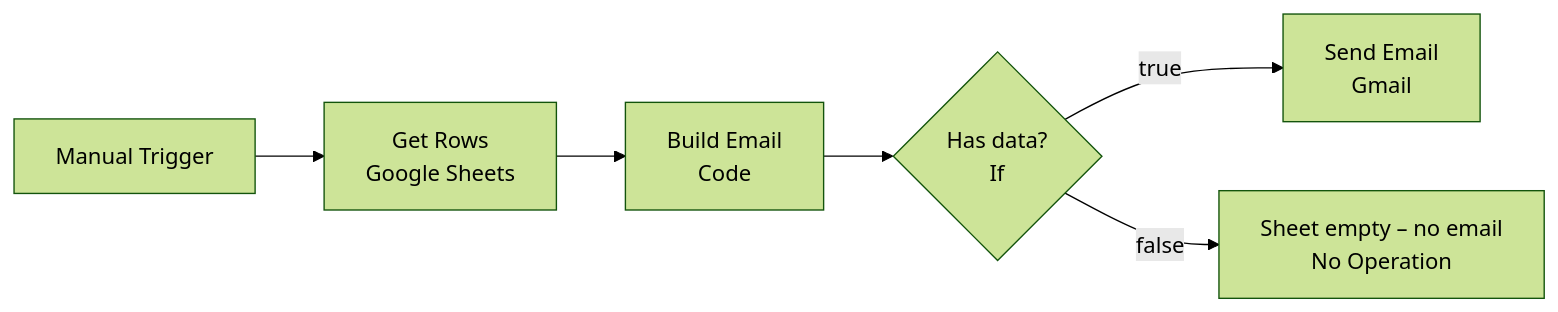
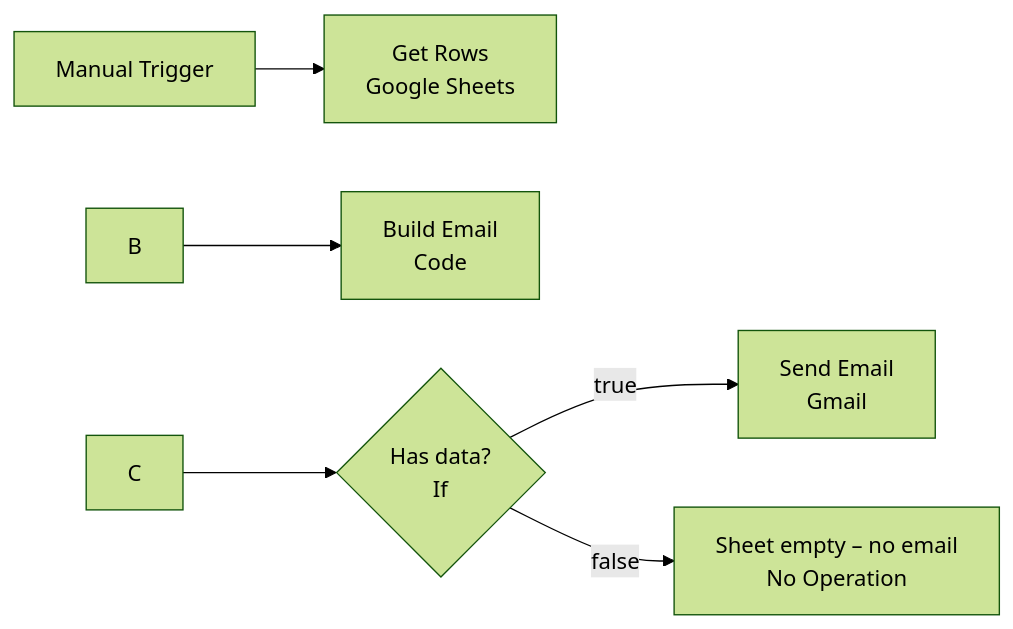
One commit to gansgpm/n8n-Automation-Google-Sheets-to-Gmail changed the diagram in README.md. Above: the diagram before and after it, drawn with Mermaid (forest theme). The commit also changed other lines of this file, not shown here.

````diff
--- a/README.md
+++ b/README.md
@@ -11,8 +11,8 @@
 ```mermaid
 flowchart LR
-    A[Manual Trigger] --> B[Get Rows<br/>Google Sheets]
-    B --> C[Build Email<br/>Code]
+    A\\\[Manual Trigger] --> B\\\[Get Rows<br/>Google Sheets]
+    B --> C\\\[Build Email<br/>Code]
     C --> D{Has data?<br/>If}
-    D -- true --> E[Send Email<br/>Gmail]
-    D -- false --> F[Sheet empty – no email<br/>No Operation]
+    D -- true --> E\\\[Send Email<br/>Gmail]
+    D -- false --> F\\\[Sheet empty – no email<br/>No Operation]
 ```
````
